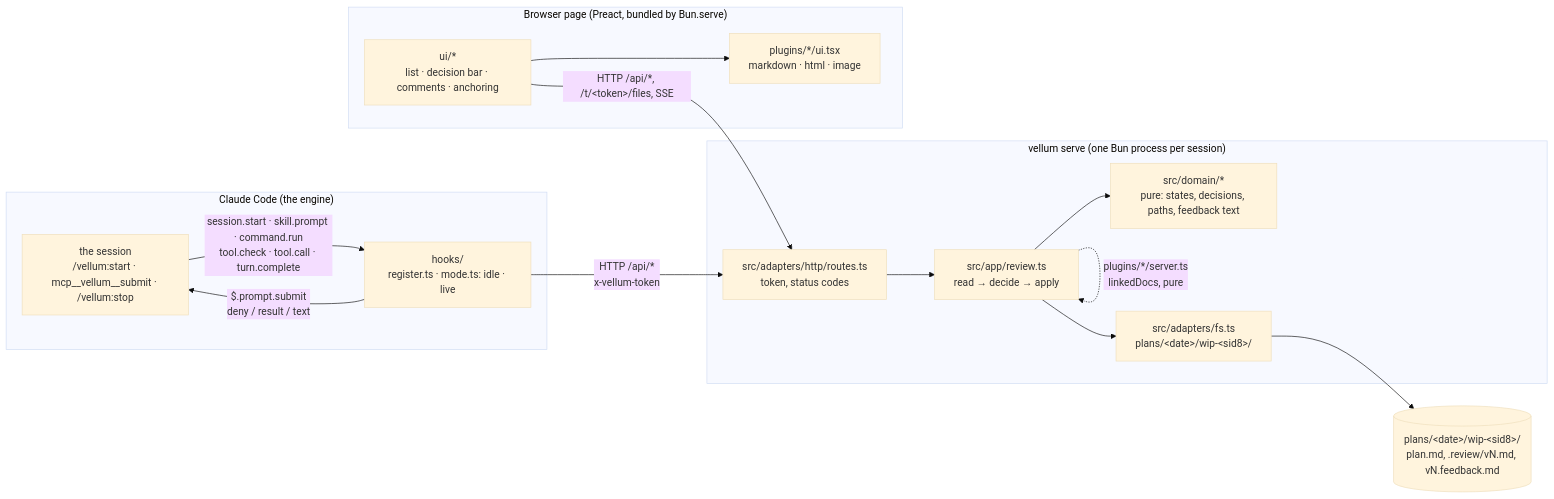
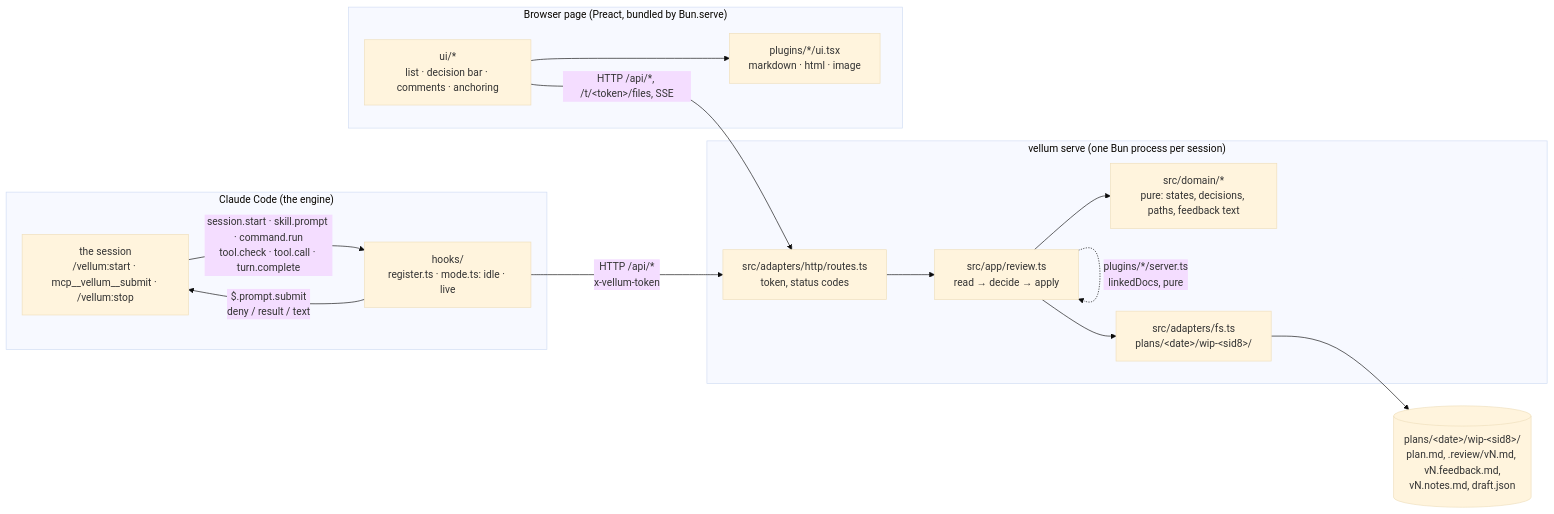
Before and after one commit to DYNOSuprovo/claude-code-plugins: the first of 4 diagrams in vellum/docs/architecture.md, drawn with Mermaid (base theme). The commit also changed other lines of this file and 5 other files, not shown here.

````diff
--- a/vellum/docs/architecture.md
+++ b/vellum/docs/architecture.md
@@ -10,27 +10,27 @@
 ```mermaid
 flowchart LR
   subgraph engine["Claude Code (the engine)"]
     CC["the session<br/>/vellum:start · mcp__vellum__submit · /vellum:stop"]
     M["hooks/<br/>register.ts · mode.ts: idle · live"]
     CC -- "session.start · skill.prompt · command.run<br/>tool.check · tool.call · turn.complete" --> M
     M -- "$.prompt.submit<br/>deny / result / text" --> CC
   end
   subgraph server["vellum serve (one Bun process per session)"]
     R["src/adapters/http/routes.ts<br/>token, status codes"]
     A["src/app/review.ts<br/>read → decide → apply"]
     T["src/domain/*<br/>pure: states, decisions, paths, feedback text"]
     W["src/adapters/fs.ts<br/>plans/&lt;date&gt;/wip-&lt;sid8&gt;/"]
     R --> A --> T
     A --> W
   end
   subgraph page["Browser page (Preact, bundled by Bun.serve)"]
     U["ui/*<br/>list · decision bar · comments · anchoring"]
     P["plugins/*/ui.tsx<br/>markdown · html · image"]
     U --> P
   end
   M -- "HTTP /api/*<br/>x-vellum-token" --> R
   U -- "HTTP /api/*, /t/&lt;token&gt;/files, SSE" --> R
   A -. "plugins/*/server.ts<br/>linkedDocs, pure" .-> A
-  F[("plans/&lt;date&gt;/wip-&lt;sid8&gt;/<br/>plan.md, .review/vN.md, vN.feedback.md")]
+  F[("plans/&lt;date&gt;/wip-&lt;sid8&gt;/<br/>plan.md, .review/vN.md, vN.feedback.md,<br/>vN.notes.md, draft.json")]
   W --> F
 ```
````
